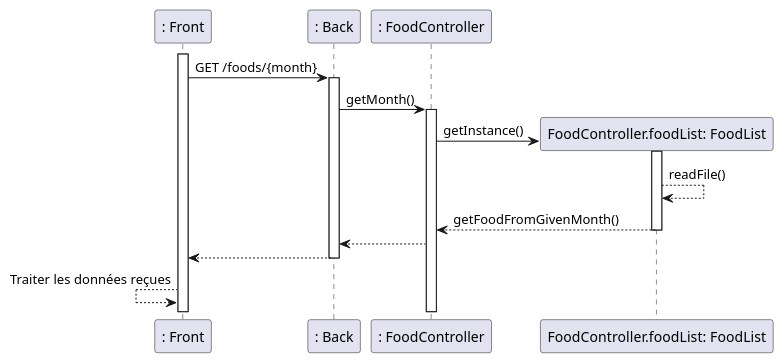
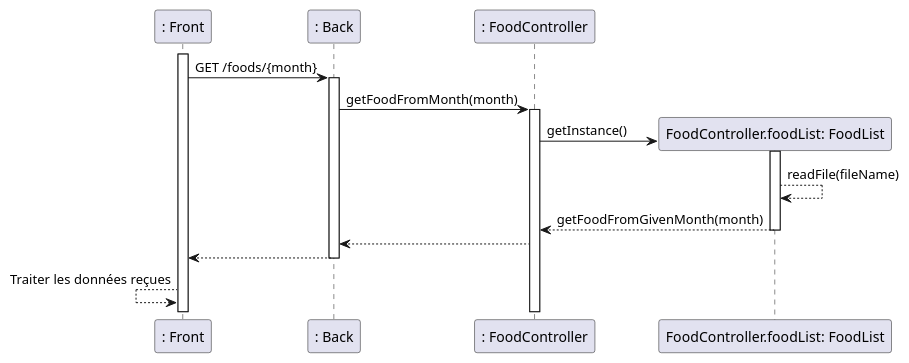
Before and after one commit to romainvacheret/wadge-backend: the diagram in docs/diagram/sequence/monthFilter.puml, drawn with PlantUML. The commit also changed 5 other files, not shown here.

Commit message:
docs: add precision to diagrams

```diff
--- a/docs/diagram/sequence/monthFilter.puml
+++ b/docs/diagram/sequence/monthFilter.puml
@@ -1,22 +1,22 @@
 @startuml monthFilter
 participant ": Front" as ft
 participant ": Back" as bk
 participant ": FoodController" as fc
 
 activate ft
 ft -> bk: GET /foods/{month}
 activate bk
-bk -> fc: getMonth()
+bk -> fc: getFoodFromMonth(month)
 activate fc
 create "FoodController.foodList: FoodList" as fd1
 fc -> fd1: getInstance()
 activate fd1
-fd1 --> fd1: readFile()
-fd1 --> fc: getFoodFromGivenMonth()
+fd1 --> fd1: readFile(fileName)
+fd1 --> fc: getFoodFromGivenMonth(month)
 deactivate fd1
 fc --> bk
 bk --> ft
 deactivate bk
 ft <-- ft: Traiter les données reçues
 
 @enduml
```
